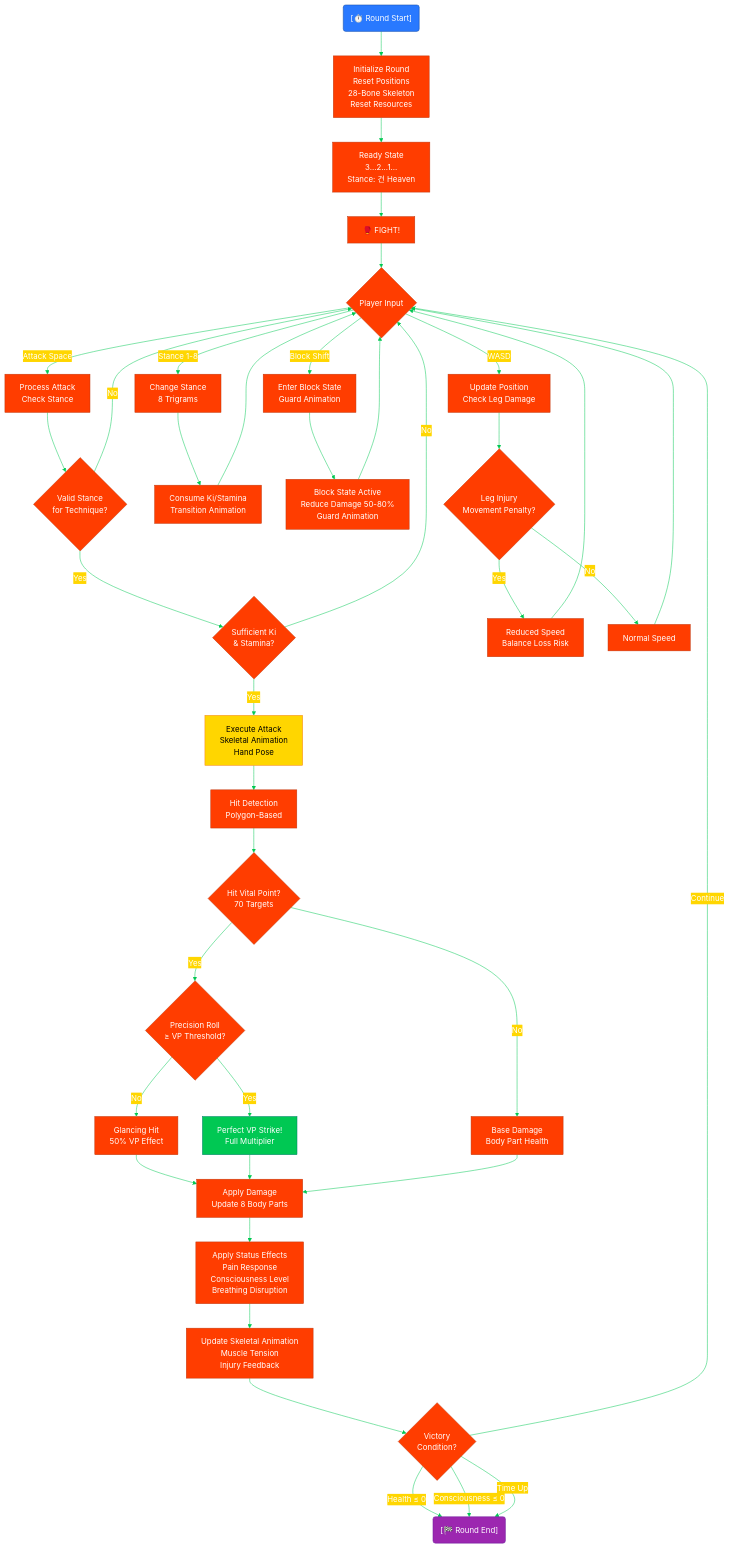
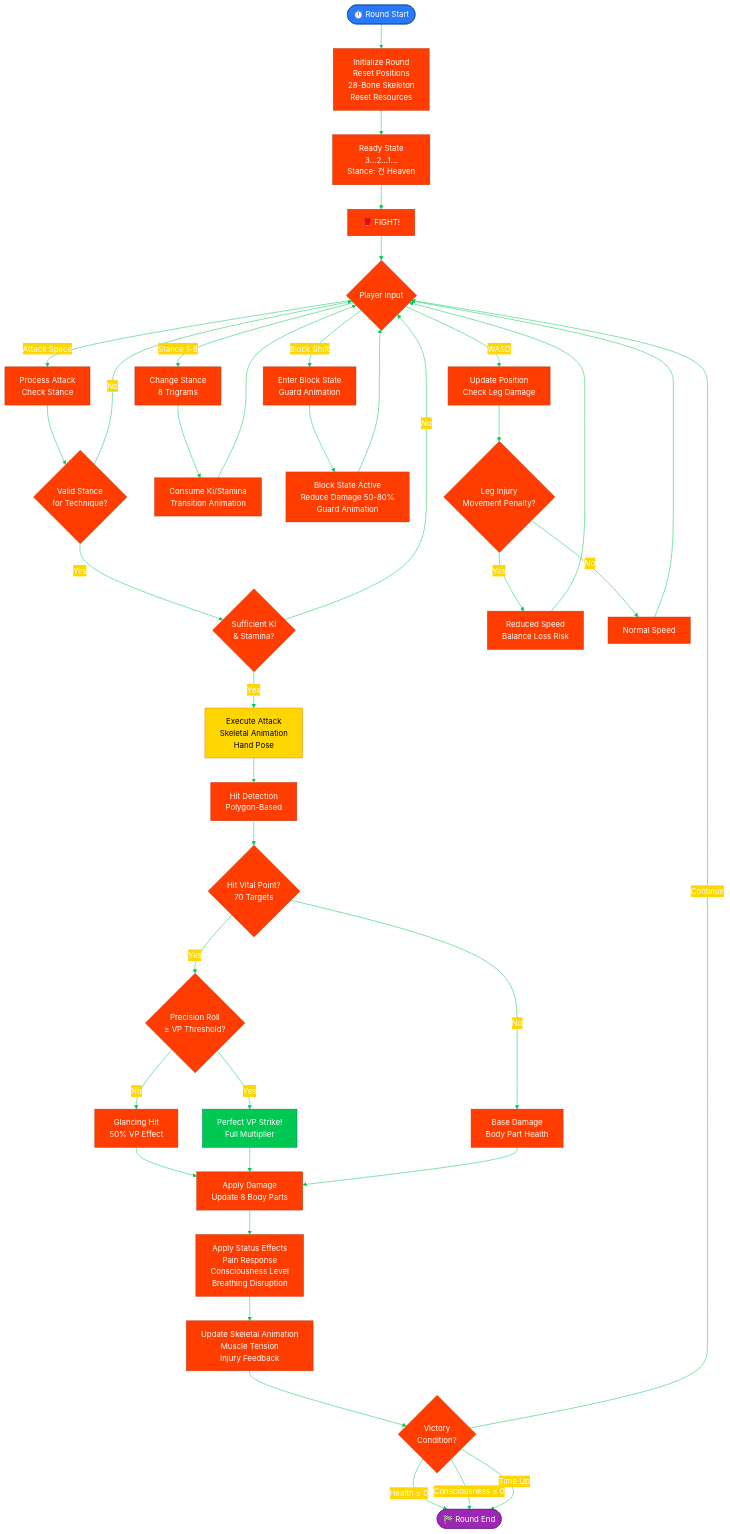
Before and after one commit to Hack23/blacktrigram: the fifth of 11 diagrams in FLOWCHART.md, drawn with Mermaid. The commit also changed other lines of this file and 3 other files, not shown here.

First line of the commit message:
fix: address PR review comments - pin deps, fix mermaid extractor, fix stadium nodes

````diff
--- a/FLOWCHART.md
+++ b/FLOWCHART.md
@@ -275,63 +275,63 @@
 ```mermaid
 %%{init: {'theme':'base', 'themeVariables': {'primaryColor':'#FF3D00','primaryTextColor':'#fff','primaryBorderColor':'#BF360C','lineColor':'#00C853','secondaryColor':'#FFD600','tertiaryColor':'#2979FF'}}}%%
 flowchart TD
-    RoundStart("[⏱️ Round Start]") --> Init[Initialize Round<br/>Reset Positions<br/>28-Bone Skeleton<br/>Reset Resources]
+    RoundStart(["⏱️ Round Start"]) --> Init[Initialize Round<br/>Reset Positions<br/>28-Bone Skeleton<br/>Reset Resources]
 
     Init --> Ready[Ready State<br/>3...2...1...<br/>Stance: 건 Heaven]
     Ready --> Fight["🥊 FIGHT!"]
 
     Fight --> Input{Player Input}
 
     Input -->|Attack Space| ProcessAttack[Process Attack<br/>Check Stance]
     Input -->|Stance 1-8| ChangeStance[Change Stance<br/>8 Trigrams]
     Input -->|Block Shift| Block[Enter Block State<br/>Guard Animation]
     Input -->|WASD| Move[Update Position<br/>Check Leg Damage]
 
     ProcessAttack --> CheckStance{Valid Stance<br/>for Technique?}
     CheckStance -->|No| Input
     CheckStance -->|Yes| CheckKi{Sufficient Ki<br/>& Stamina?}
 
     CheckKi -->|No| Input
     CheckKi -->|Yes| ExecuteAttack[Execute Attack<br/>Skeletal Animation<br/>Hand Pose]
 
     ExecuteAttack --> HitDetection[Hit Detection<br/>Polygon-Based]
     HitDetection --> CheckVP{Hit Vital Point?<br/>70 Targets}
 
     CheckVP -->|No| BaseDmg[Base Damage<br/>Body Part Health]
     CheckVP -->|Yes| CheckPrecision{Precision Roll<br/>≥ VP Threshold?}
 
     CheckPrecision -->|No| GlancingHit[Glancing Hit<br/>50% VP Effect]
     CheckPrecision -->|Yes| PerfectVP[Perfect VP Strike!<br/>Full Multiplier]
 
     GlancingHit --> ApplyDamage[Apply Damage<br/>Update 8 Body Parts]
     PerfectVP --> ApplyDamage
     BaseDmg --> ApplyDamage
 
     ApplyDamage --> ApplyEffects[Apply Status Effects<br/>Pain Response<br/>Consciousness Level<br/>Breathing Disruption]
     
     ApplyEffects --> UpdateAnimation[Update Skeletal Animation<br/>Muscle Tension<br/>Injury Feedback]
 
     UpdateAnimation --> CheckKO{Victory<br/>Condition?}
-    CheckKO -->|Health ≤ 0| RoundEnd("[🏁 Round End]")
+    CheckKO -->|Health ≤ 0| RoundEnd(["🏁 Round End"])
     CheckKO -->|Consciousness ≤ 0| RoundEnd
     CheckKO -->|Time Up| RoundEnd
     CheckKO -->|Continue| Input
 
     ChangeStance --> ConsumeResources[Consume Ki/Stamina<br/>Transition Animation]
     ConsumeResources --> Input
 
     Block --> BlockState[Block State Active<br/>Reduce Damage 50-80%<br/>Guard Animation]
     BlockState --> Input
 
     Move --> CheckInjury{Leg Injury<br/>Movement Penalty?}
     CheckInjury -->|Yes| SlowMovement[Reduced Speed<br/>Balance Loss Risk]
     CheckInjury -->|No| NormalMovement[Normal Speed]
     SlowMovement --> Input
     NormalMovement --> Input
 
     style RoundStart fill:#2979FF,stroke:#0D47A1,color:#fff
     style Fight fill:#FF3D00,stroke:#BF360C,color:#fff
     style ExecuteAttack fill:#FFD600,stroke:#F57F17,color:#000
     style PerfectVP fill:#00C853,stroke:#00796B,color:#fff
     style RoundEnd fill:#9C27B0,stroke:#6A1B9A,color:#fff
 ```
````
